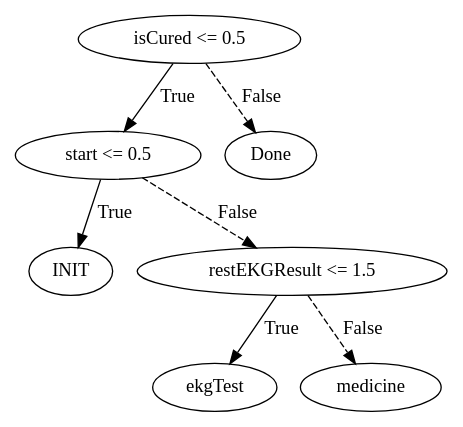
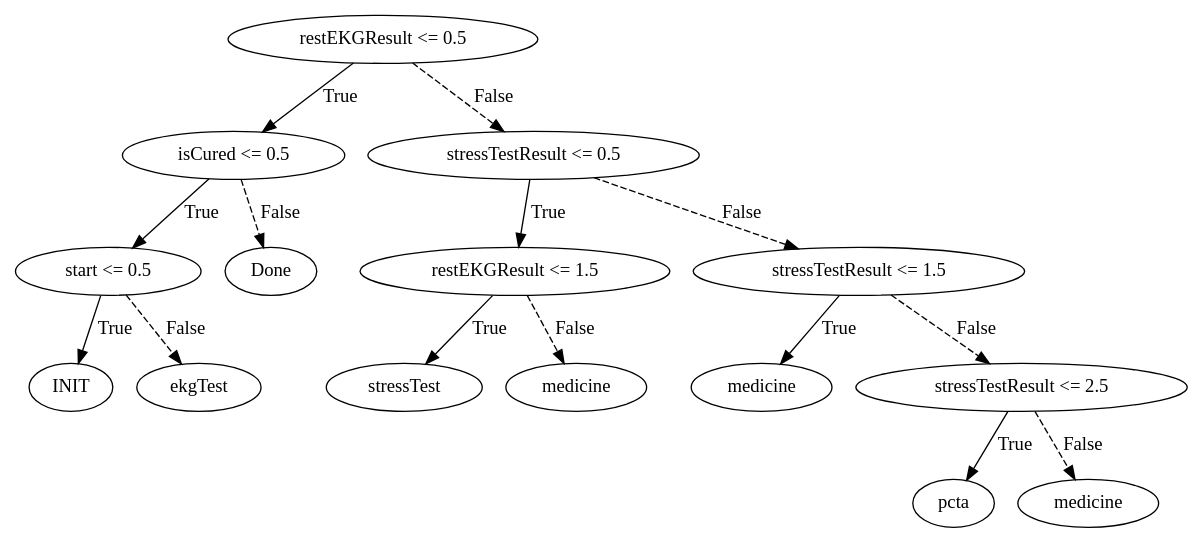
Before and after one commit to muqsit-azeem/pomdp-explainable-strategies: the diagram in quantitative/heart/explainable-fsc-result/heart-disease/schedulers/0/default.dot, drawn with Graphviz. The commit also changed 47 other files, not shown here.

```diff
--- a/quantitative/heart/explainable-fsc-result/heart-disease/schedulers/0/default.dot
+++ b/quantitative/heart/explainable-fsc-result/heart-disease/schedulers/0/default.dot
@@ -1,16 +1,32 @@
 digraph {
-0 [label="isCured <= 0.5"];
-1 [label="start <= 0.5"];
-2 [label="INIT"];
+0 [label="restEKGResult <= 0.5"];
+1 [label="isCured <= 0.5"];
+2 [label="start <= 0.5"];
+3 [label="INIT"];
+2 -> 3 [label="True"];
+4 [label="ekgTest"];
+2 -> 4 [style="dashed", label="False"];
 1 -> 2 [label="True"];
-3 [label="restEKGResult <= 1.5"];
-4 [label="ekgTest"];
-3 -> 4 [label="True"];
-5 [label="medicine"];
-3 -> 5 [style="dashed", label="False"];
-1 -> 3 [style="dashed", label="False"];
+5 [label="Done"];
+1 -> 5 [style="dashed", label="False"];
 0 -> 1 [label="True"];
-6 [label="Done"];
+6 [label="stressTestResult <= 0.5"];
+7 [label="restEKGResult <= 1.5"];
+8 [label="stressTest"];
+7 -> 8 [label="True"];
+9 [label="medicine"];
+7 -> 9 [style="dashed", label="False"];
+6 -> 7 [label="True"];
+10 [label="stressTestResult <= 1.5"];
+11 [label="medicine"];
+10 -> 11 [label="True"];
+12 [label="stressTestResult <= 2.5"];
+13 [label="pcta"];
+12 -> 13 [label="True"];
+14 [label="medicine"];
+12 -> 14 [style="dashed", label="False"];
+10 -> 12 [style="dashed", label="False"];
+6 -> 10 [style="dashed", label="False"];
 0 -> 6 [style="dashed", label="False"];
 
 }
```
